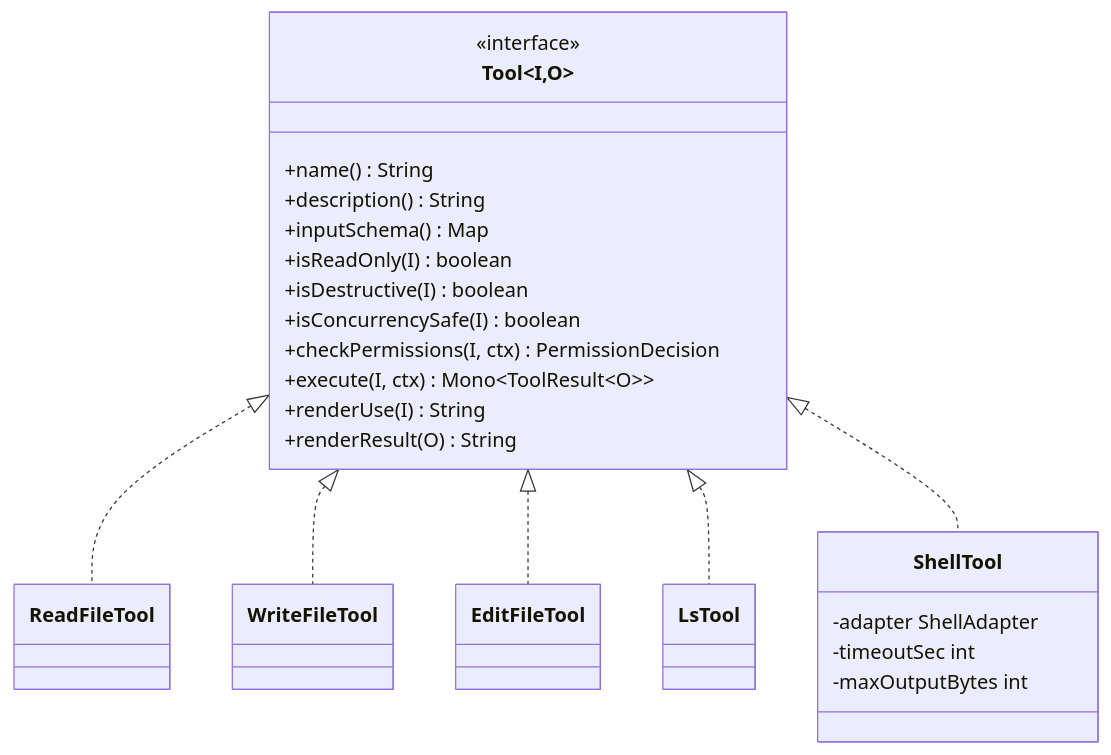
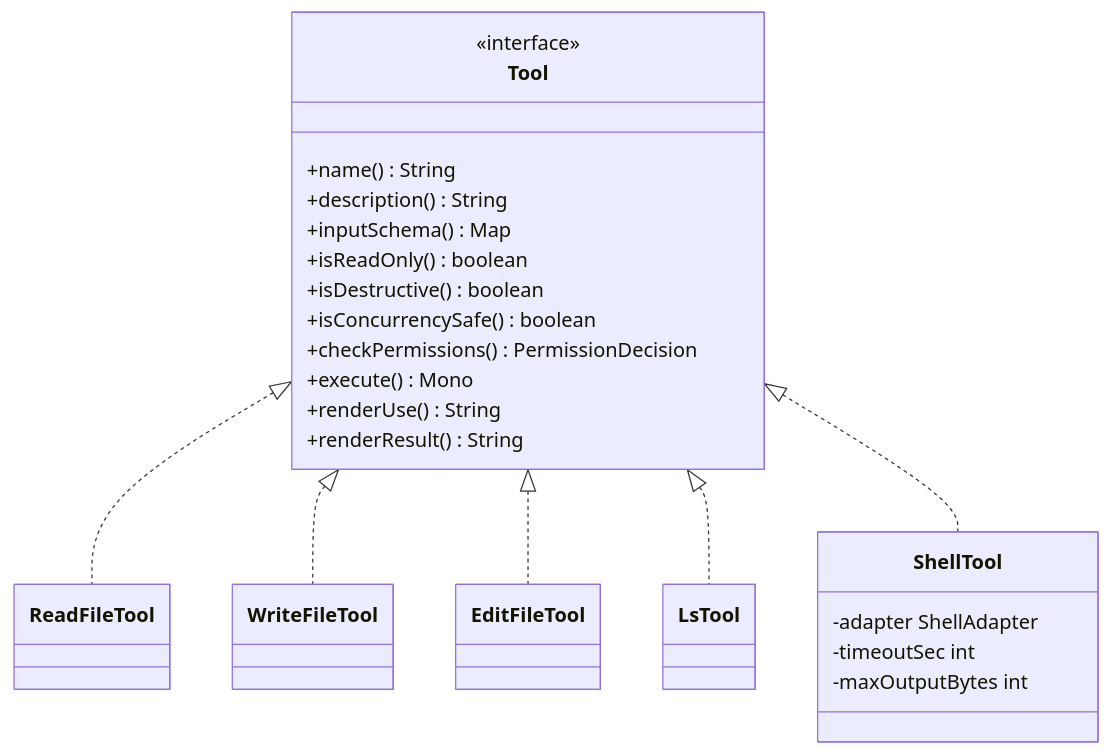
One commit to makemeking233-hub/agent-demo changed the sixth of 11 diagrams in docs/architecture.md. Above: the diagram before and after it, drawn with Mermaid. The commit also changed other lines of this file and 1 other file, not shown here.

First line of the commit message:
fix(docs): 修 mermaid 8.8.3 兼容性问题（5 处违规）+ AGENTS.md §2.4 写规则

````diff
--- a/docs/architecture.md
+++ b/docs/architecture.md
@@ -214,32 +218,32 @@
 ```mermaid
 classDiagram
-    class Tool~I,O~ {
+    class Tool {
         <<interface>>
         +name() String
         +description() String
         +inputSchema() Map
-        +isReadOnly(I) boolean
-        +isDestructive(I) boolean
-        +isConcurrencySafe(I) boolean
-        +checkPermissions(I, ctx) PermissionDecision
-        +execute(I, ctx) Mono~ToolResult~O~~
-        +renderUse(I) String
-        +renderResult(O) String
+        +isReadOnly() boolean
+        +isDestructive() boolean
+        +isConcurrencySafe() boolean
+        +checkPermissions() PermissionDecision
+        +execute() Mono
+        +renderUse() String
+        +renderResult() String
     }
 
     class ReadFileTool
     class WriteFileTool
     class EditFileTool
     class LsTool
     class ShellTool {
         -adapter ShellAdapter
         -timeoutSec int
         -maxOutputBytes int
     }
 
     Tool <|.. ReadFileTool
     Tool <|.. WriteFileTool
     Tool <|.. EditFileTool
     Tool <|.. LsTool
     Tool <|.. ShellTool
 ```
````
